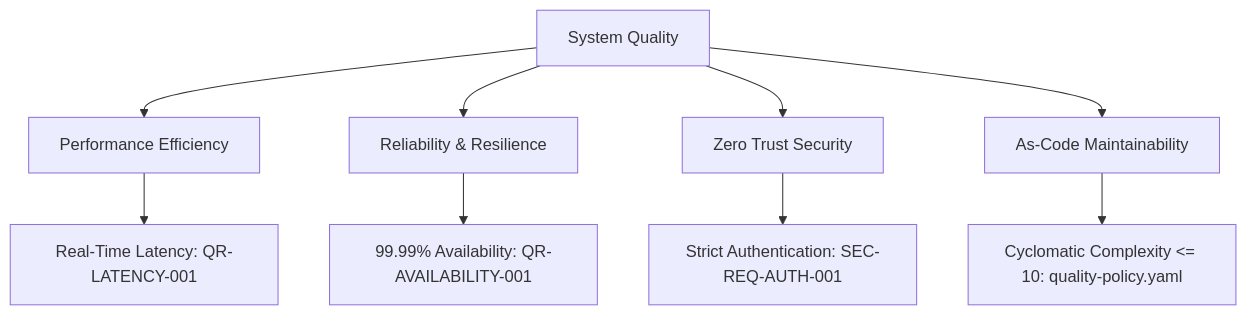
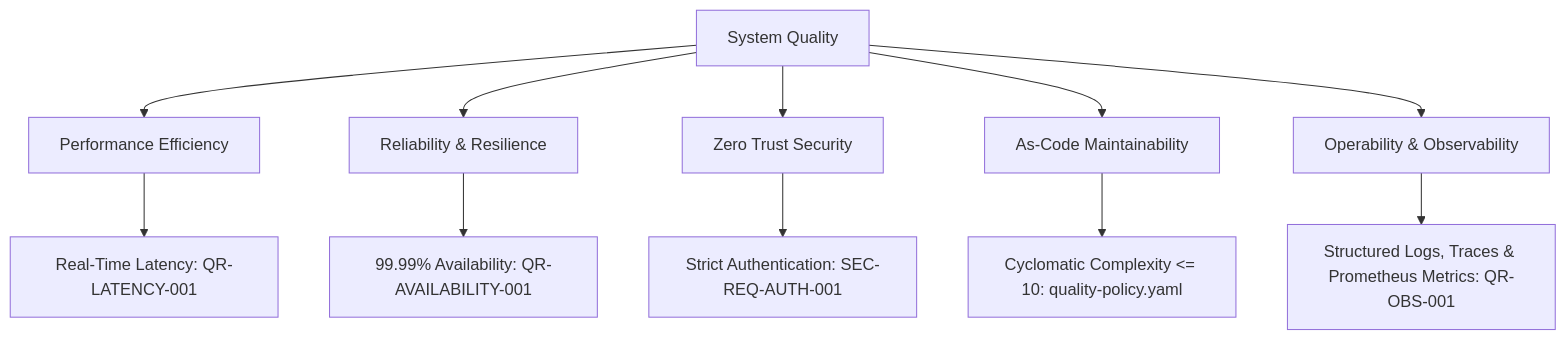
The diagram in templates/architecture/quality-requirements.template.md (altromon/AI-SDLC), drawn with Mermaid before and after one commit. The commit also changed other lines of this file and 35 other files, not shown here.

````diff
--- a/templates/architecture/quality-requirements.template.md
+++ b/templates/architecture/quality-requirements.template.md
@@ -23,12 +24,14 @@
 ```mermaid
 graph TD
     QualityTree[System Quality] --> Performance[Performance Efficiency]
     QualityTree --> Reliability[Reliability & Resilience]
     QualityTree --> Security[Zero Trust Security]
     QualityTree --> Maintainability[As-Code Maintainability]
+    QualityTree --> Operability[Operability & Observability]
 
     Performance --> P1[Real-Time Latency: QR-LATENCY-001]
     Reliability --> R1[99.99% Availability: QR-AVAILABILITY-001]
     Security --> S1[Strict Authentication: SEC-REQ-AUTH-001]
-    Maintainability --> M1[Cyclomatic Complexity <= 10: quality-policy.yaml]
+    Maintainability --> M1["Cyclomatic Complexity <= 10: quality-policy.yaml"]
+    Operability --> O1[Structured Logs, Traces & Prometheus Metrics: QR-OBS-001]
 ```
````
